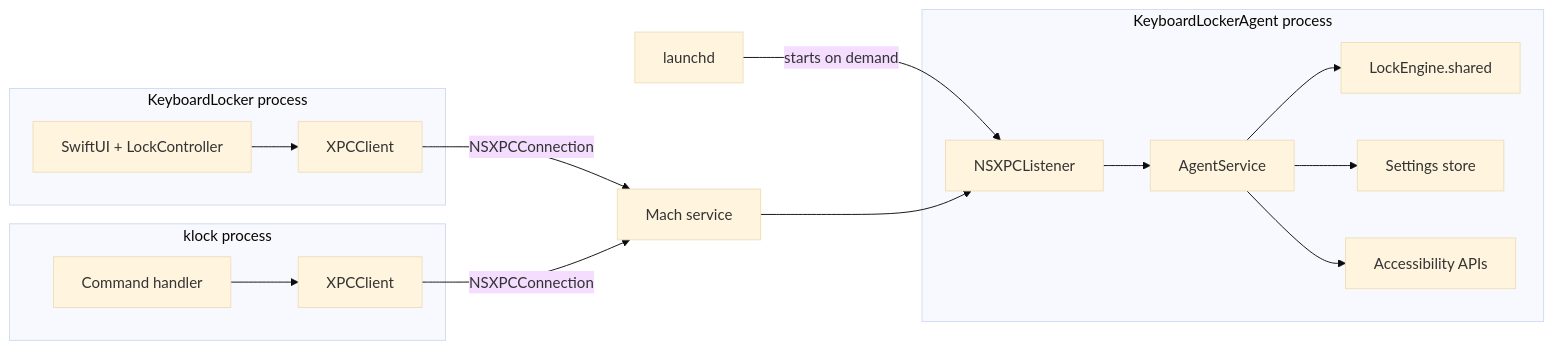
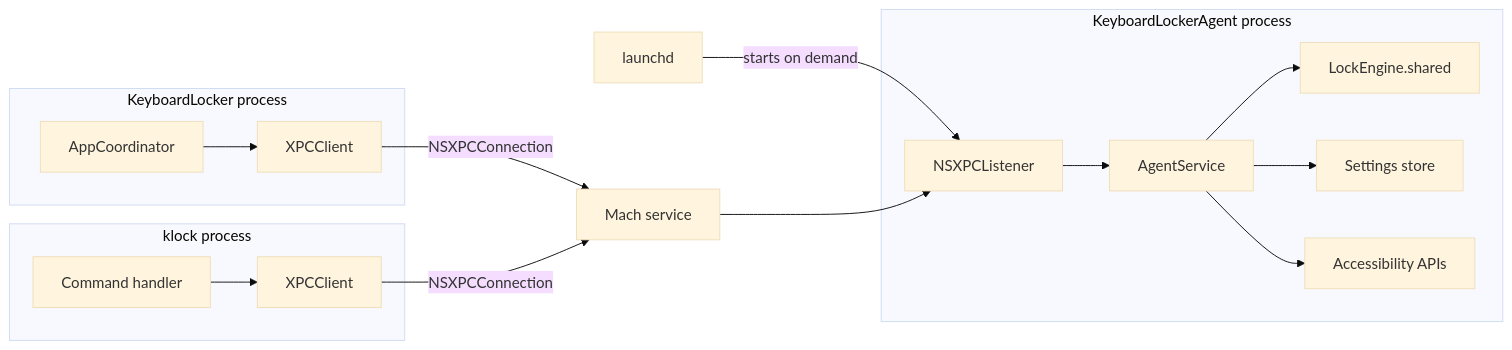
One commit to LZhenHong/KeyboardLocker changed the first of 4 diagrams in docs/xpc.md. Above: the diagram before and after it, drawn with Mermaid (base theme). The commit also changed other lines of this file and 14 other files, not shown here.

````diff
--- a/docs/xpc.md
+++ b/docs/xpc.md
@@ -60,22 +60,22 @@
 ```mermaid
 flowchart LR
   subgraph AppProcess["KeyboardLocker process"]
-    AppUI["SwiftUI + LockController"] --> AppClient["XPCClient"]
+    AppCoordinator["AppCoordinator"] --> AppClient["XPCClient"]
   end
 
   subgraph CLIProcess["klock process"]
     CLI["Command handler"] --> CLIClient["XPCClient"]
   end
 
   AppClient -->|"NSXPCConnection"| Mach["Mach service"]
   CLIClient -->|"NSXPCConnection"| Mach
   subgraph AgentProcess["KeyboardLockerAgent process"]
     Listener["NSXPCListener"] --> AgentService["AgentService"]
     AgentService --> Engine["LockEngine.shared"]
     AgentService --> Settings["Settings store"]
     AgentService --> Accessibility["Accessibility APIs"]
   end
 
   Launchd["launchd"] -->|"starts on demand"| Listener
   Mach --> Listener
 ```
````
